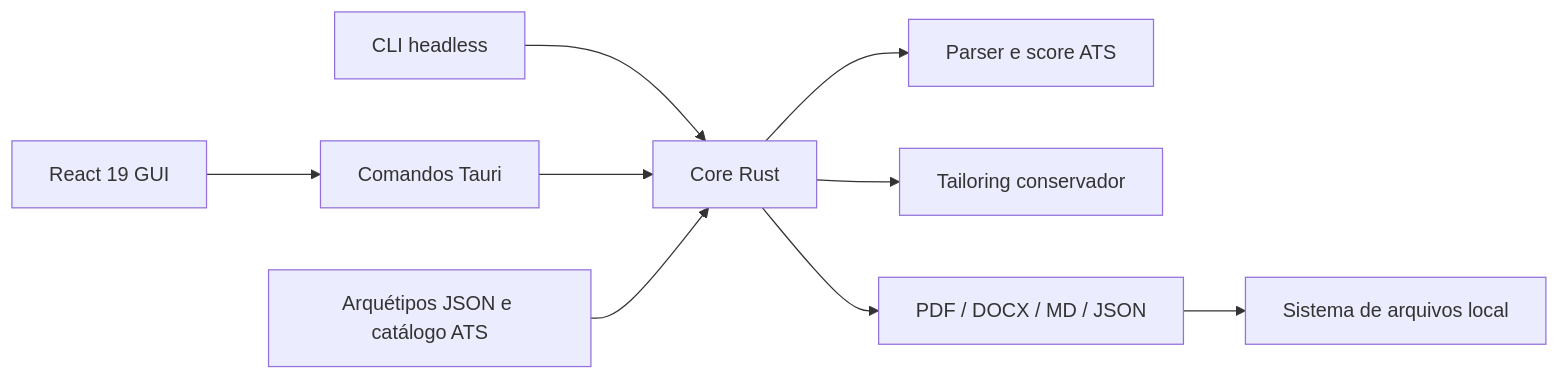
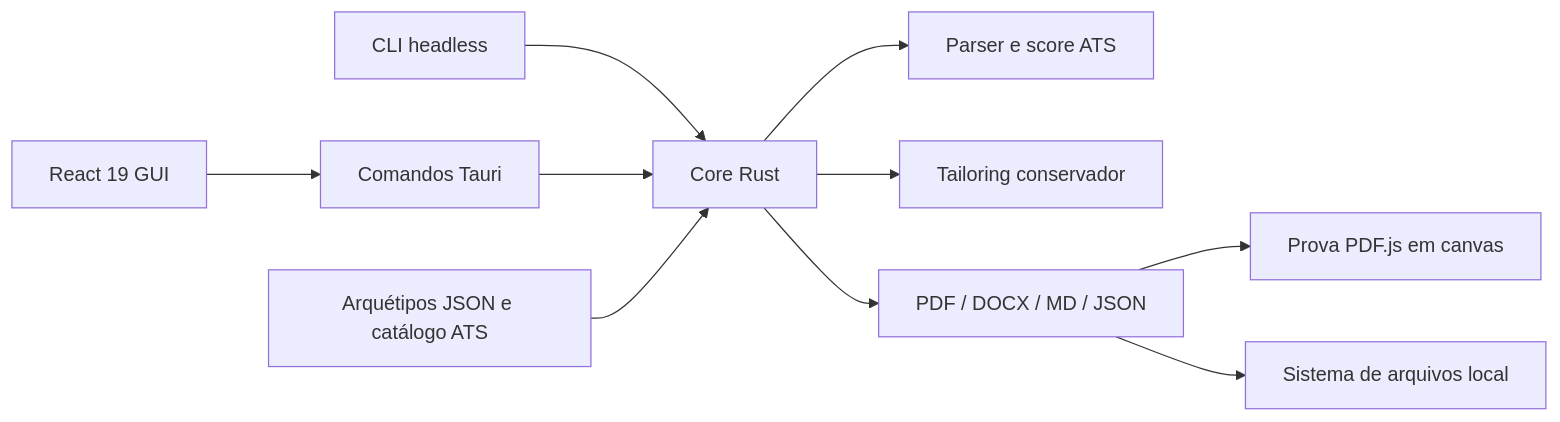
The diagram in docs/architecture.md (PedroReoli/reoli-resume-forge), drawn with Mermaid before and after one commit. The commit also changed other lines of this file and 4 other files, not shown here.

Commit message:
docs: document ATS catalog and faithful PDF proof

````diff
--- a/docs/architecture.md
+++ b/docs/architecture.md
@@ -7,11 +7,12 @@
 ```mermaid
 flowchart LR
   UI[React 19 GUI] --> IPC[Comandos Tauri]
   CLI[CLI headless] --> CORE[Core Rust]
   IPC --> CORE
   DATA[Arquétipos JSON e catálogo ATS] --> CORE
   CORE --> ATS[Parser e score ATS]
   CORE --> TAILOR[Tailoring conservador]
   CORE --> EXPORT[PDF / DOCX / MD / JSON]
+  EXPORT --> PROOF[Prova PDF.js em canvas]
   EXPORT --> FS[Sistema de arquivos local]
 ```
````
